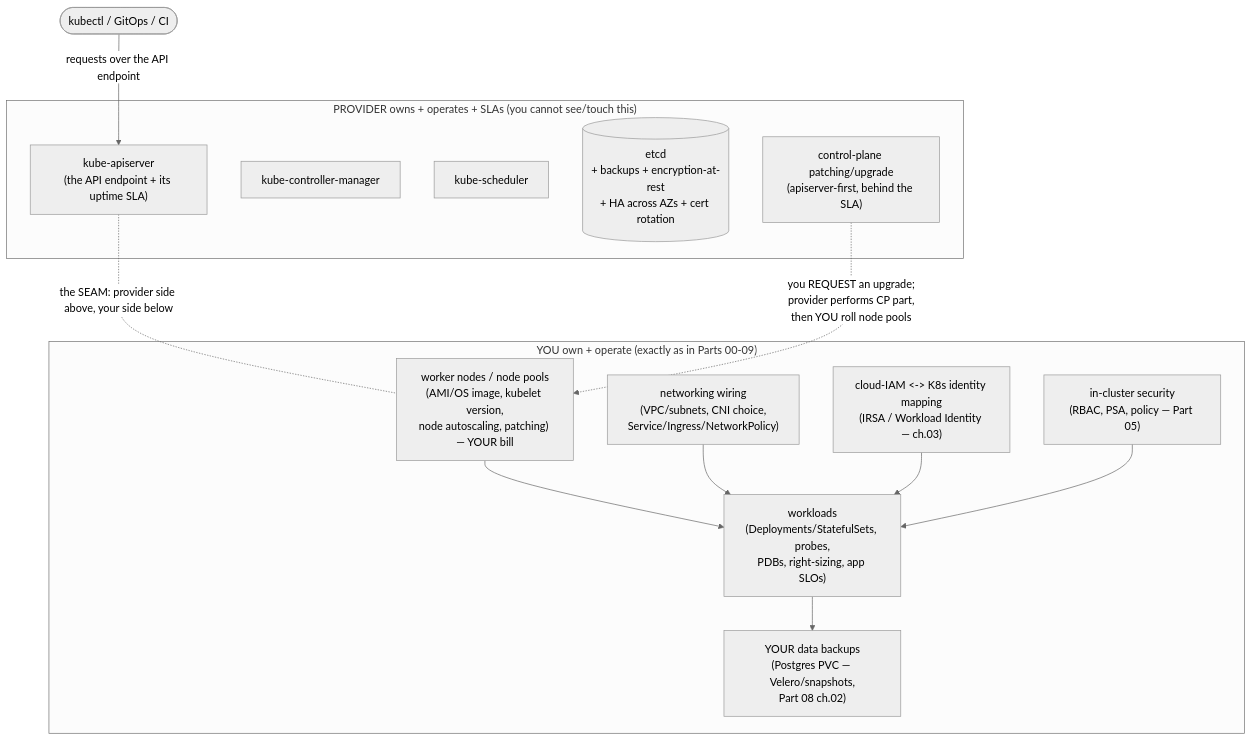
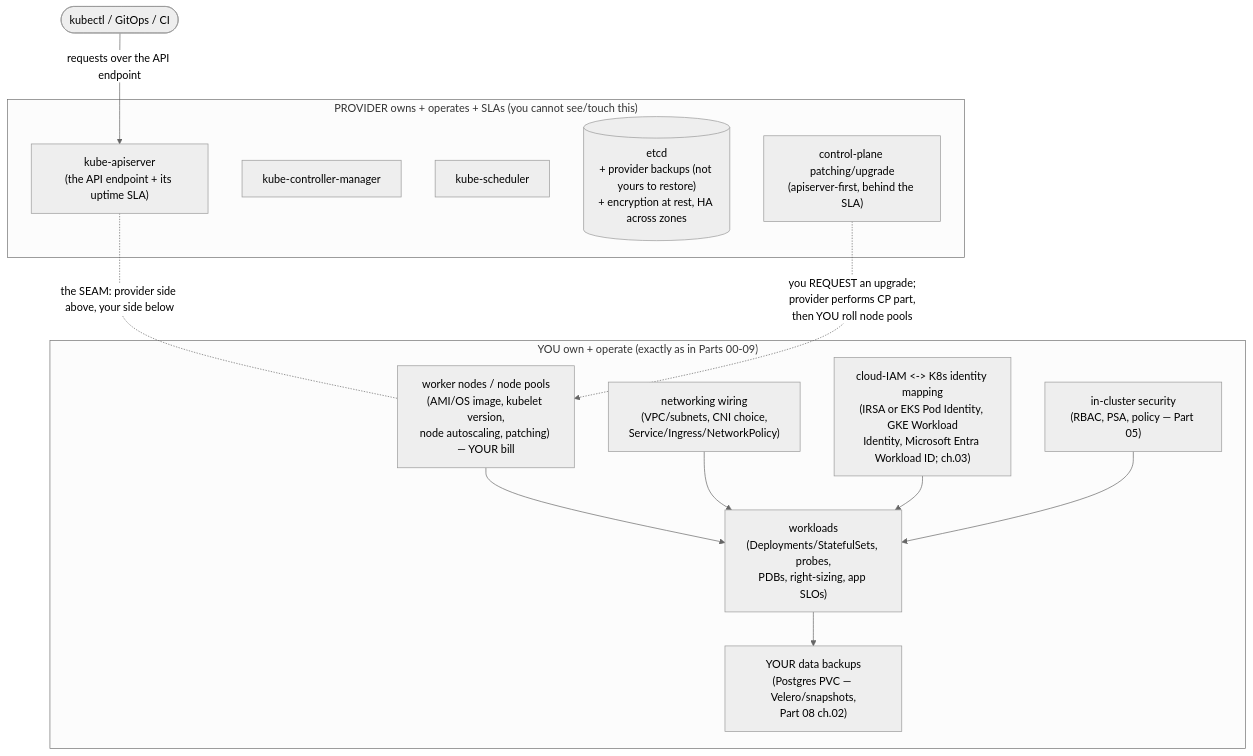
One commit to abd-ulbasit/bookstore-kubernetes-guide changed the diagram in full-guide/10-cloud-and-managed-kubernetes/01-managed-kubernetes-model.md. Above: the diagram before and after it, drawn with Mermaid (neutral theme). The commit also changed other lines of this file, not shown here.

First line of the commit message:
guide: part 10 ch.01 shared responsibility, per provider

````diff
--- a/full-guide/10-cloud-and-managed-kubernetes/01-managed-kubernetes-model.md
+++ b/full-guide/10-cloud-and-managed-kubernetes/01-managed-kubernetes-model.md
@@ -125,28 +183,28 @@
 ```mermaid
 flowchart TB
     subgraph provider["PROVIDER owns + operates + SLAs (you cannot see/touch this)"]
         api["kube-apiserver<br/>(the API endpoint + its uptime SLA)"]
         cm["kube-controller-manager"]
         sch["kube-scheduler"]
-        etcd[("etcd<br/>+ backups + encryption-at-rest<br/>+ HA across AZs + cert rotation")]
+        etcd[("etcd<br/>+ provider backups (not yours to restore)<br/>+ encryption at rest, HA across zones")]
         cpupg["control-plane patching/upgrade<br/>(apiserver-first, behind the SLA)"]
     end
 
     subgraph you["YOU own + operate (exactly as in Parts 00-09)"]
         nodes["worker nodes / node pools<br/>(AMI/OS image, kubelet version,<br/>node autoscaling, patching) — YOUR bill"]
         wl["workloads<br/>(Deployments/StatefulSets, probes,<br/>PDBs, right-sizing, app SLOs)"]
         net["networking wiring<br/>(VPC/subnets, CNI choice,<br/>Service/Ingress/NetworkPolicy)"]
-        iam["cloud-IAM <-> K8s identity mapping<br/>(IRSA / Workload Identity — ch.03)"]
+        iam["cloud-IAM <-> K8s identity mapping<br/>(IRSA or EKS Pod Identity, GKE Workload<br/>Identity, Microsoft Entra Workload ID; ch.03)"]
         sec["in-cluster security<br/>(RBAC, PSA, policy — Part 05)"]
         data["YOUR data backups<br/>(Postgres PVC — Velero/snapshots,<br/>Part 08 ch.02)"]
     end
 
     kubectl(["kubectl / GitOps / CI"]) -->|"requests over the API endpoint"| api
     api -. "the SEAM: provider side above, your side below" .- nodes
     cpupg -. "you REQUEST an upgrade;<br/>provider performs CP part,<br/>then YOU roll node pools" .-> nodes
     nodes --> wl
     net --> wl
     iam --> wl
     sec --> wl
     wl --> data
 ```
````
